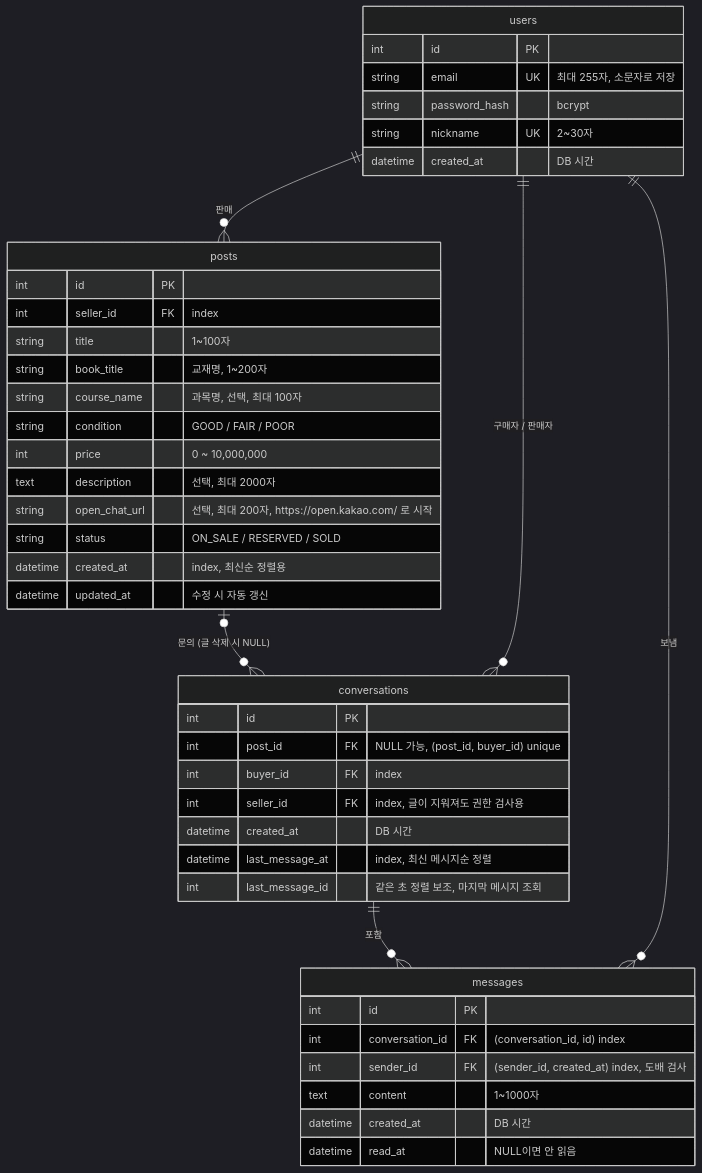
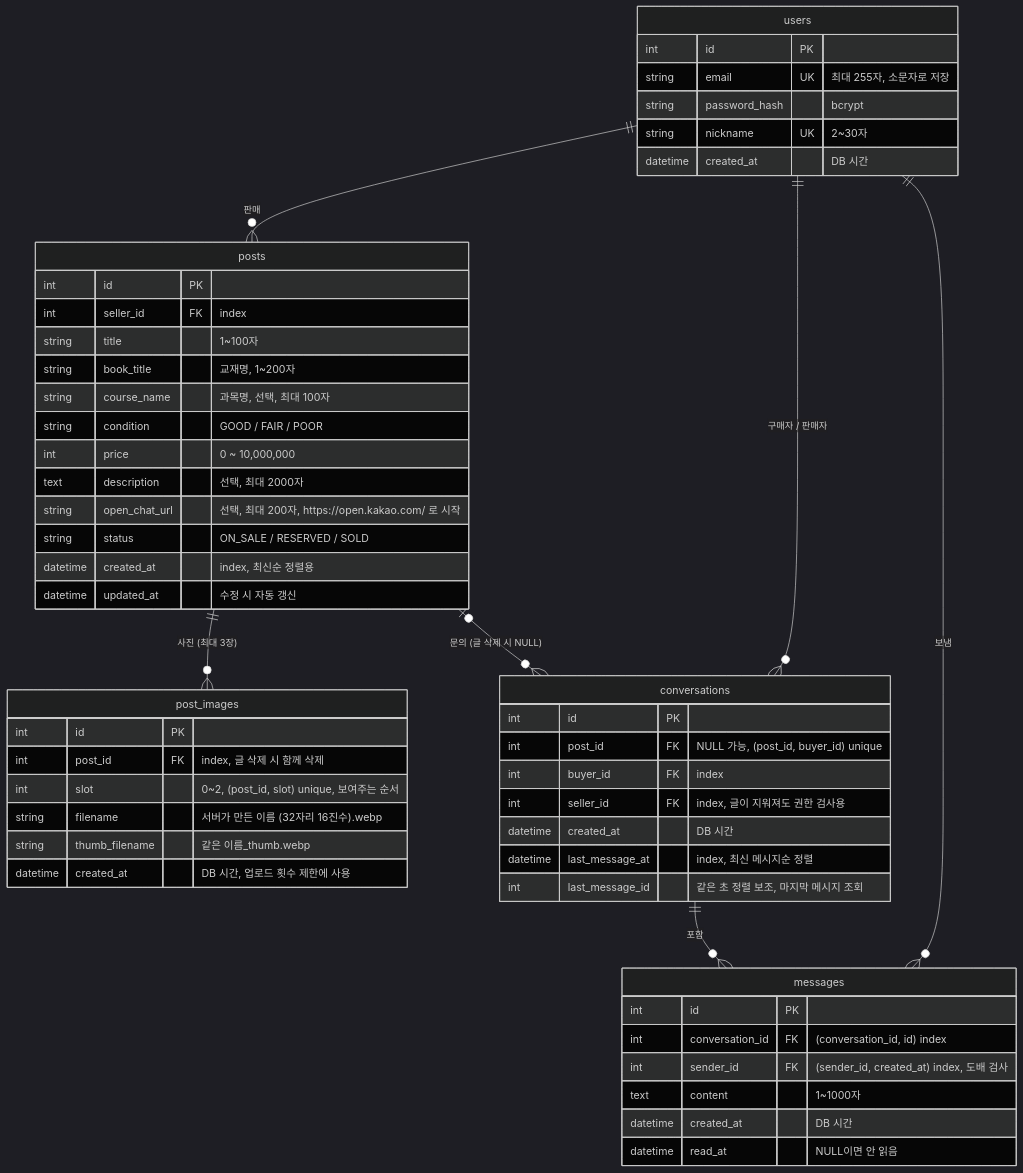
One commit to kim123-dev/campus-books changed the second of 3 diagrams in README.md. Above: the diagram before and after it, drawn with Mermaid (dark theme). The commit also changed other lines of this file and 23 other files, not shown here.

````diff
--- a/README.md
+++ b/README.md
@@ -183,50 +191,60 @@
 ```mermaid
 erDiagram
     users ||--o{ posts : "판매"
+    posts ||--o{ post_images : "사진 (최대 3장)"
     posts |o--o{ conversations : "문의 (글 삭제 시 NULL)"
     users ||--o{ conversations : "구매자 / 판매자"
     conversations ||--o{ messages : "포함"
     users ||--o{ messages : "보냄"
 
     users {
         int id PK
         string email UK "최대 255자, 소문자로 저장"
         string password_hash "bcrypt"
         string nickname UK "2~30자"
         datetime created_at "DB 시간"
     }
 
     posts {
         int id PK
         int seller_id FK "index"
         string title "1~100자"
         string book_title "교재명, 1~200자"
         string course_name "과목명, 선택, 최대 100자"
         string condition "GOOD / FAIR / POOR"
         int price "0 ~ 10,000,000"
         text description "선택, 최대 2000자"
         string open_chat_url "선택, 최대 200자, https://open.kakao.com/ 로 시작"
         string status "ON_SALE / RESERVED / SOLD"
         datetime created_at "index, 최신순 정렬용"
         datetime updated_at "수정 시 자동 갱신"
     }
 
+    post_images {
+        int id PK
+        int post_id FK "index, 글 삭제 시 함께 삭제"
+        int slot "0~2, (post_id, slot) unique, 보여주는 순서"
+        string filename "서버가 만든 이름 (32자리 16진수).webp"
+        string thumb_filename "같은 이름_thumb.webp"
+        datetime created_at "DB 시간, 업로드 횟수 제한에 사용"
+    }
+
     conversations {
         int id PK
         int post_id FK "NULL 가능, (post_id, buyer_id) unique"
         int buyer_id FK "index"
         int seller_id FK "index, 글이 지워져도 권한 검사용"
         datetime created_at "DB 시간"
         datetime last_message_at "index, 최신 메시지순 정렬"
         int last_message_id "같은 초 정렬 보조, 마지막 메시지 조회"
     }
 
     messages {
         int id PK
         int conversation_id FK "(conversation_id, id) index"
         int sender_id FK "(sender_id, created_at) index, 도배 검사"
         text content "1~1000자"
         datetime created_at "DB 시간"
         datetime read_at "NULL이면 안 읽음"
     }
 ```
````
